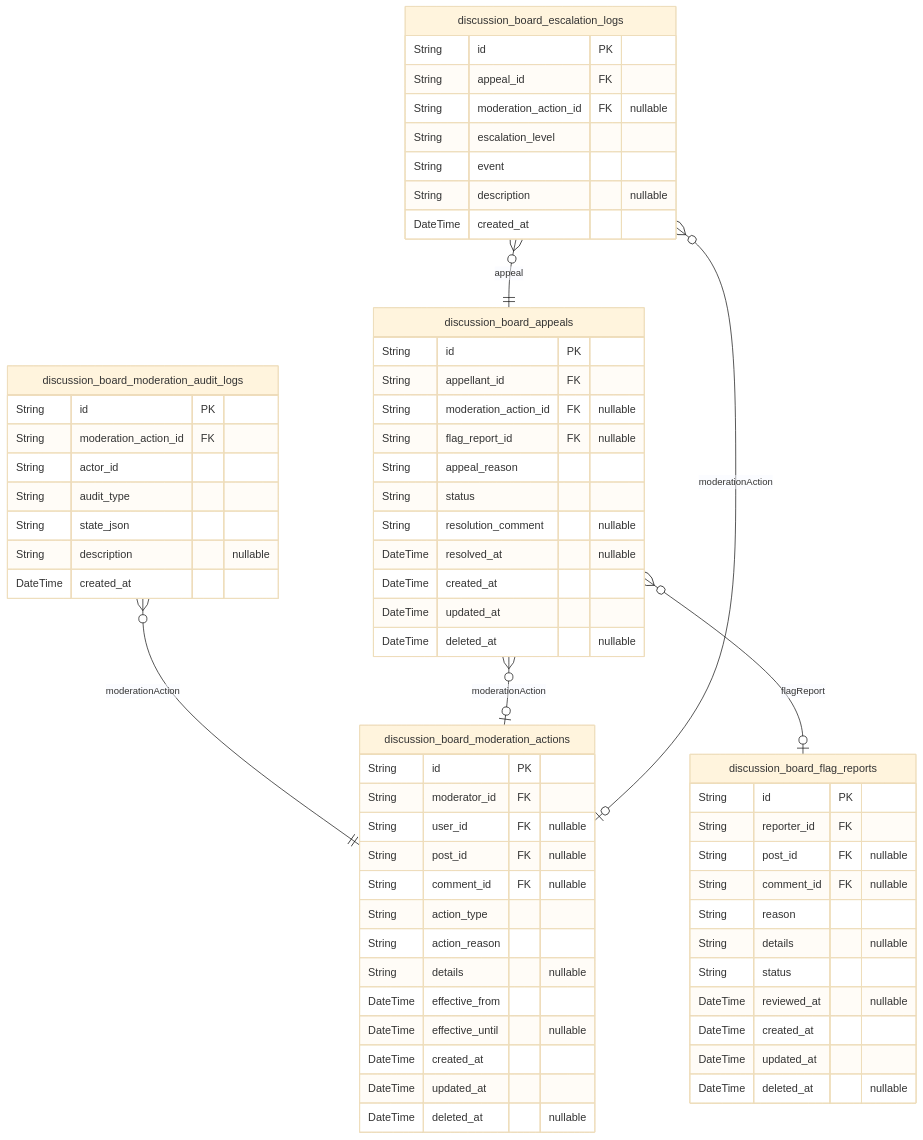
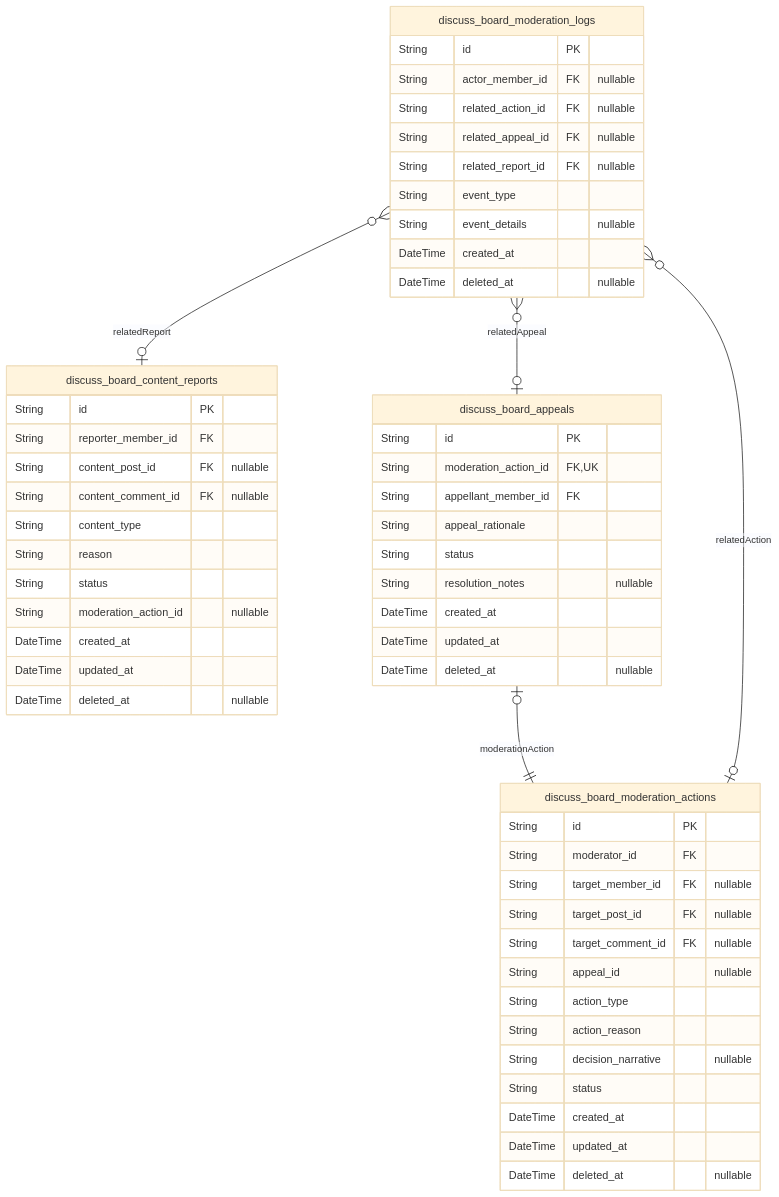
The sixth of 8 diagrams in docs/ERD.md (wrtnlabs/autobe-example-bbs-openai-gpt-4.1), drawn with Mermaid (base theme) before and after one commit. The commit also changed other lines of this file and 1202 other files, not shown here.

````diff
--- a/docs/ERD.md
+++ b/docs/ERD.md
@@ -711,67 +743,57 @@
 ```mermaid
 erDiagram
-"discussion_board_flag_reports" {
+"discuss_board_content_reports" {
   String id PK
-  String reporter_id FK
-  String post_id FK "nullable"
-  String comment_id FK "nullable"
+  String reporter_member_id FK
+  String content_post_id FK "nullable"
+  String content_comment_id FK "nullable"
+  String content_type
   String reason
-  String details "nullable"
   String status
-  DateTime reviewed_at "nullable"
+  String moderation_action_id "nullable"
   DateTime created_at
   DateTime updated_at
   DateTime deleted_at "nullable"
 }
-"discussion_board_moderation_actions" {
+"discuss_board_moderation_actions" {
   String id PK
   String moderator_id FK
-  String user_id FK "nullable"
-  String post_id FK "nullable"
-  String comment_id FK "nullable"
+  String target_member_id FK "nullable"
+  String target_post_id FK "nullable"
+  String target_comment_id FK "nullable"
+  String appeal_id "nullable"
   String action_type
   String action_reason
-  String details "nullable"
-  DateTime effective_from
-  DateTime effective_until "nullable"
+  String decision_narrative "nullable"
+  String status
   DateTime created_at
   DateTime updated_at
   DateTime deleted_at "nullable"
 }
-"discussion_board_moderation_audit_logs" {
+"discuss_board_appeals" {
   String id PK
-  String moderation_action_id FK
-  String actor_id
-  String audit_type
-  String state_json
-  String description "nullable"
-  DateTime created_at
-}
-"discussion_board_appeals" {
-  String id PK
-  String appellant_id FK
-  String moderation_action_id FK "nullable"
-  String flag_report_id FK "nullable"
-  String appeal_reason
+  String moderation_action_id FK,UK
+  String appellant_member_id FK
+  String appeal_rationale
   String status
-  String resolution_comment "nullable"
-  DateTime resolved_at "nullable"
+  String resolution_notes "nullable"
   DateTime created_at
   DateTime updated_at
   DateTime deleted_at "nullable"
 }
-"discussion_board_escalation_logs" {
+"discuss_board_moderation_logs" {
   String id PK
-  String appeal_id FK
-  String moderation_action_id FK "nullable"
-  String escalation_level
-  String event
-  String description "nullable"
+  String actor_member_id FK "nullable"
+  String related_action_id FK "nullable"
+  String related_appeal_id FK "nullable"
+  String related_report_id FK "nullable"
+  String event_type
+  String event_details "nullable"
   DateTime created_at
+  DateTime deleted_at "nullable"
 }
-"discussion_board_moderation_audit_logs" }o--|| "discussion_board_moderation_actions" : moderationAction
-"discussion_board_appeals" }o--o| "discussion_board_moderation_actions" : moderationAction
-"discussion_board_appeals" }o--o| "discussion_board_flag_reports" : flagReport
-"discussion_board_escalation_logs" }o--|| "discussion_board_appeals" : appeal
-"discussion_board_escalation_logs" }o--o| "discussion_board_moderation_actions" : moderationAction
+"discuss_board_appeals" |o--|| "discuss_board_moderation_actions" : moderationAction
+"discuss_board_moderation_logs" }o--o| "discuss_board_moderation_actions" : relatedAction
+"discuss_board_moderation_logs" }o--o| "discuss_board_appeals" : relatedAppeal
+"discuss_board_moderation_logs" }o--o| "discuss_board_content_reports" : relatedReport
 ```
````
